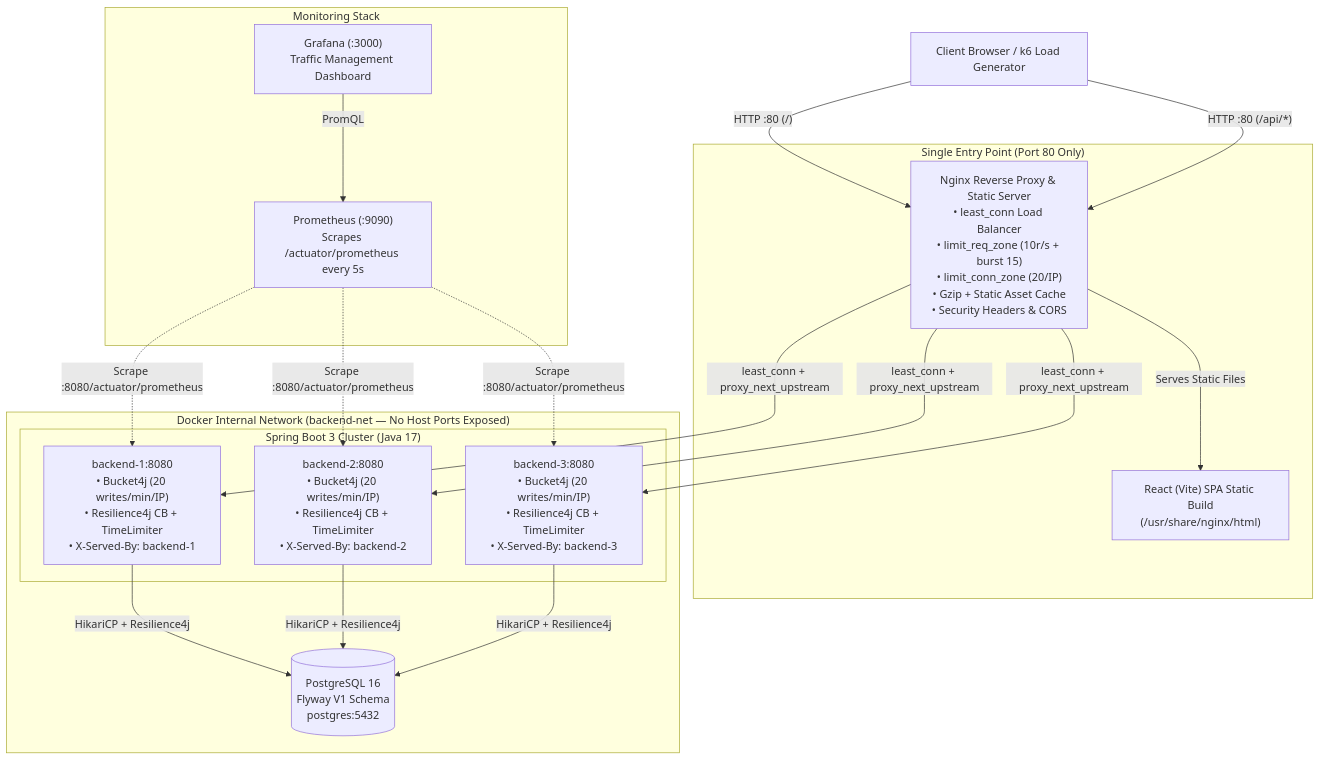
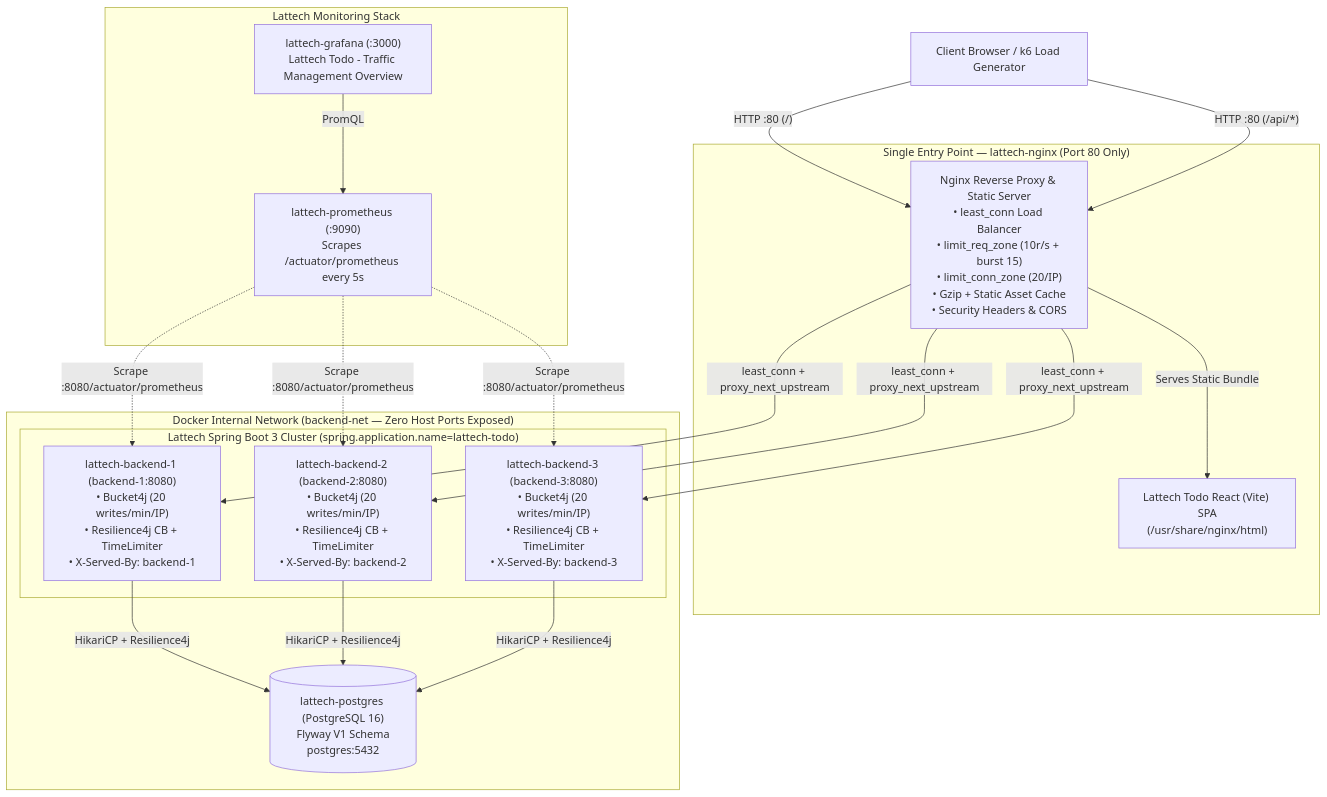
Before and after one commit to aryanpandeyce/ToDo-Java: the first of 2 diagrams in README.md, drawn with Mermaid. The commit also changed other lines of this file and 19 other files, not shown here.

Commit message:
feat(rebrand): rebrand platform to Lattech Todo across UI, backend, Docker, Grafana, and docs

````diff
--- a/README.md
+++ b/README.md
@@ -9,40 +17,40 @@
 ```mermaid
 flowchart TB
     Client["Client Browser / k6 Load Generator"]
 
-    subgraph Edge["Single Entry Point (Port 80 Only)"]
+    subgraph Edge["Single Entry Point — lattech-nginx (Port 80 Only)"]
         Nginx["Nginx Reverse Proxy & Static Server<br/>• least_conn Load Balancer<br/>• limit_req_zone (10r/s + burst 15)<br/>• limit_conn_zone (20/IP)<br/>• Gzip + Static Asset Cache<br/>• Security Headers & CORS"]
-        SPA["React (Vite) SPA Static Build<br/>(/usr/share/nginx/html)"]
+        SPA["Lattech Todo React (Vite) SPA<br/>(/usr/share/nginx/html)"]
     end
 
-    subgraph InternalNet["Docker Internal Network (backend-net — No Host Ports Exposed)"]
-        subgraph AppCluster["Spring Boot 3 Cluster (Java 17)"]
-            B1["backend-1:8080<br/>• Bucket4j (20 writes/min/IP)<br/>• Resilience4j CB + TimeLimiter<br/>• X-Served-By: backend-1"]
-            B2["backend-2:8080<br/>• Bucket4j (20 writes/min/IP)<br/>• Resilience4j CB + TimeLimiter<br/>• X-Served-By: backend-2"]
-            B3["backend-3:8080<br/>• Bucket4j (20 writes/min/IP)<br/>• Resilience4j CB + TimeLimiter<br/>• X-Served-By: backend-3"]
+    subgraph InternalNet["Docker Internal Network (backend-net — Zero Host Ports Exposed)"]
+        subgraph AppCluster["Lattech Spring Boot 3 Cluster (spring.application.name=lattech-todo)"]
+            B1["lattech-backend-1 (backend-1:8080)<br/>• Bucket4j (20 writes/min/IP)<br/>• Resilience4j CB + TimeLimiter<br/>• X-Served-By: backend-1"]
+            B2["lattech-backend-2 (backend-2:8080)<br/>• Bucket4j (20 writes/min/IP)<br/>• Resilience4j CB + TimeLimiter<br/>• X-Served-By: backend-2"]
+            B3["lattech-backend-3 (backend-3:8080)<br/>• Bucket4j (20 writes/min/IP)<br/>• Resilience4j CB + TimeLimiter<br/>• X-Served-By: backend-3"]
         end
 
-        DB[("PostgreSQL 16<br/>Flyway V1 Schema<br/>postgres:5432")]
+        DB[("lattech-postgres (PostgreSQL 16)<br/>Flyway V1 Schema<br/>postgres:5432")]
     end
 
-    subgraph Observability["Monitoring Stack"]
-        Prom["Prometheus (:9090)<br/>Scrapes /actuator/prometheus every 5s"]
-        Graf["Grafana (:3000)<br/>Traffic Management Dashboard"]
+    subgraph Observability["Lattech Monitoring Stack"]
+        Prom["lattech-prometheus (:9090)<br/>Scrapes /actuator/prometheus every 5s"]
+        Graf["lattech-grafana (:3000)<br/>Lattech Todo - Traffic Management Overview"]
     end
 
     Client -->|"HTTP :80 (/)"| Nginx
-    Nginx -->|"Serves Static Files"| SPA
+    Nginx -->|"Serves Static Bundle"| SPA
     Client -->|"HTTP :80 (/api/*)"| Nginx
     Nginx -->|"least_conn + proxy_next_upstream"| B1
     Nginx -->|"least_conn + proxy_next_upstream"| B2
     Nginx -->|"least_conn + proxy_next_upstream"| B3
 
     B1 -->|"HikariCP + Resilience4j"| DB
     B2 -->|"HikariCP + Resilience4j"| DB
     B3 -->|"HikariCP + Resilience4j"| DB
 
     Prom -.->|"Scrape :8080/actuator/prometheus"| B1
     Prom -.->|"Scrape :8080/actuator/prometheus"| B2
     Prom -.->|"Scrape :8080/actuator/prometheus"| B3
     Graf -->|"PromQL"| Prom
 ```
````
